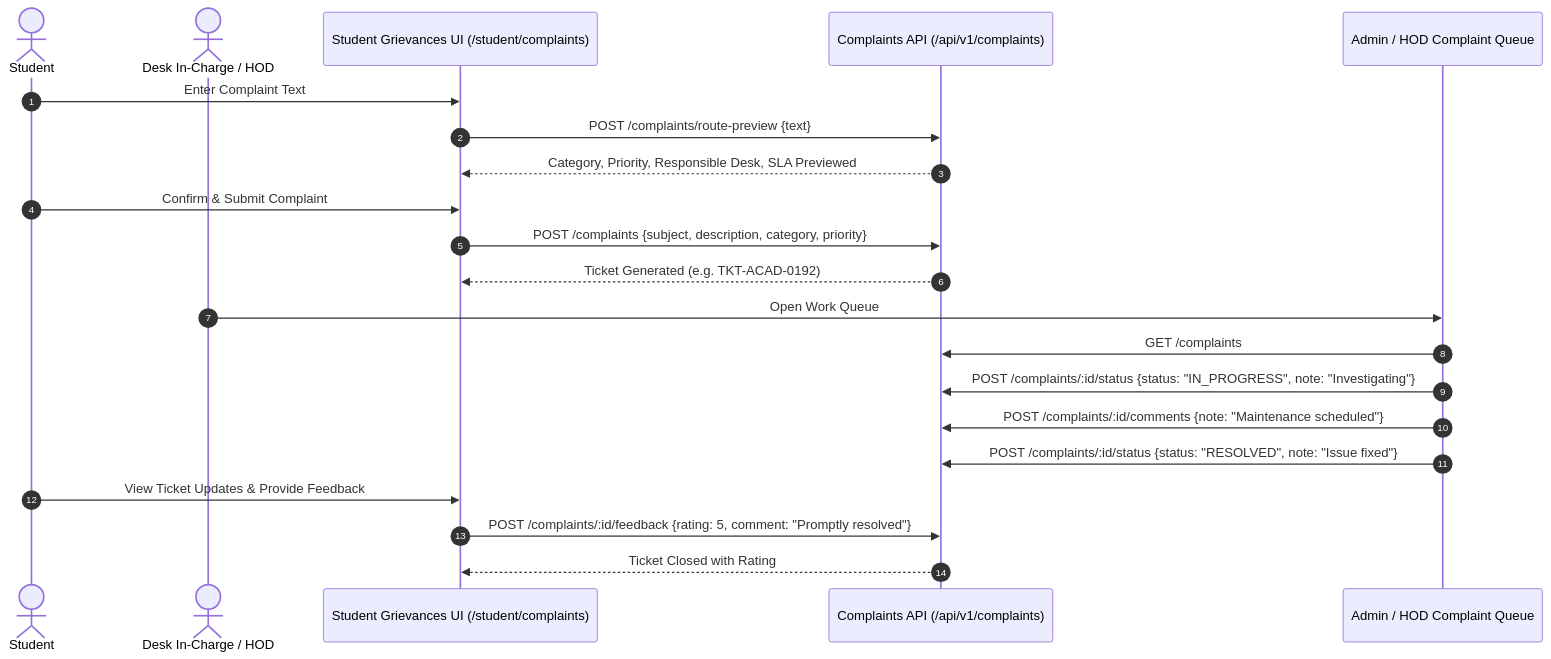
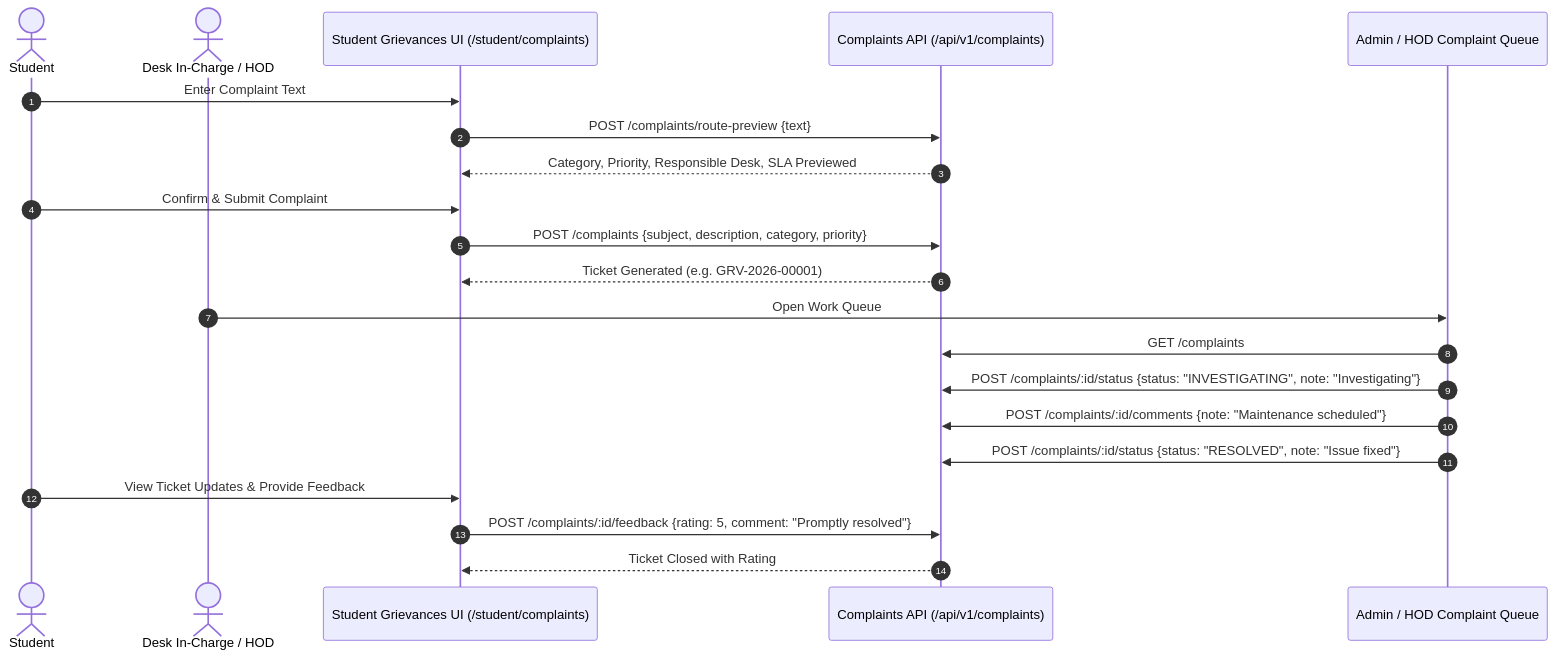
Before and after one commit to dpk45deepak/CollegeOS: the sixth of 7 diagrams in docs/CROSS_MODULE_WORKFLOWS.md, drawn with Mermaid. The commit also changed 257 other files, not shown here.

````diff
--- a/docs/CROSS_MODULE_WORKFLOWS.md
+++ b/docs/CROSS_MODULE_WORKFLOWS.md
@@ -191,26 +191,26 @@
 ```mermaid
 sequenceDiagram
     autonumber
     actor Student as Student
     actor Staff as Desk In-Charge / HOD
     participant S_UI as Student Grievances UI (/student/complaints)
     participant API as Complaints API (/api/v1/complaints)
     participant Staff_UI as Admin / HOD Complaint Queue
 
     Student->>S_UI: Enter Complaint Text
     S_UI->>API: POST /complaints/route-preview {text}
     API-->>S_UI: Category, Priority, Responsible Desk, SLA Previewed
     Student->>S_UI: Confirm & Submit Complaint
     S_UI->>API: POST /complaints {subject, description, category, priority}
-    API-->>S_UI: Ticket Generated (e.g. TKT-ACAD-0192)
+    API-->>S_UI: Ticket Generated (e.g. GRV-2026-00001)
 
     Staff->>Staff_UI: Open Work Queue
     Staff_UI->>API: GET /complaints
-    Staff_UI->>API: POST /complaints/:id/status {status: "IN_PROGRESS", note: "Investigating"}
+    Staff_UI->>API: POST /complaints/:id/status {status: "INVESTIGATING", note: "Investigating"}
     Staff_UI->>API: POST /complaints/:id/comments {note: "Maintenance scheduled"}
     Staff_UI->>API: POST /complaints/:id/status {status: "RESOLVED", note: "Issue fixed"}
 
     Student->>S_UI: View Ticket Updates & Provide Feedback
     S_UI->>API: POST /complaints/:id/feedback {rating: 5, comment: "Promptly resolved"}
     API-->>S_UI: Ticket Closed with Rating
 ```
````
